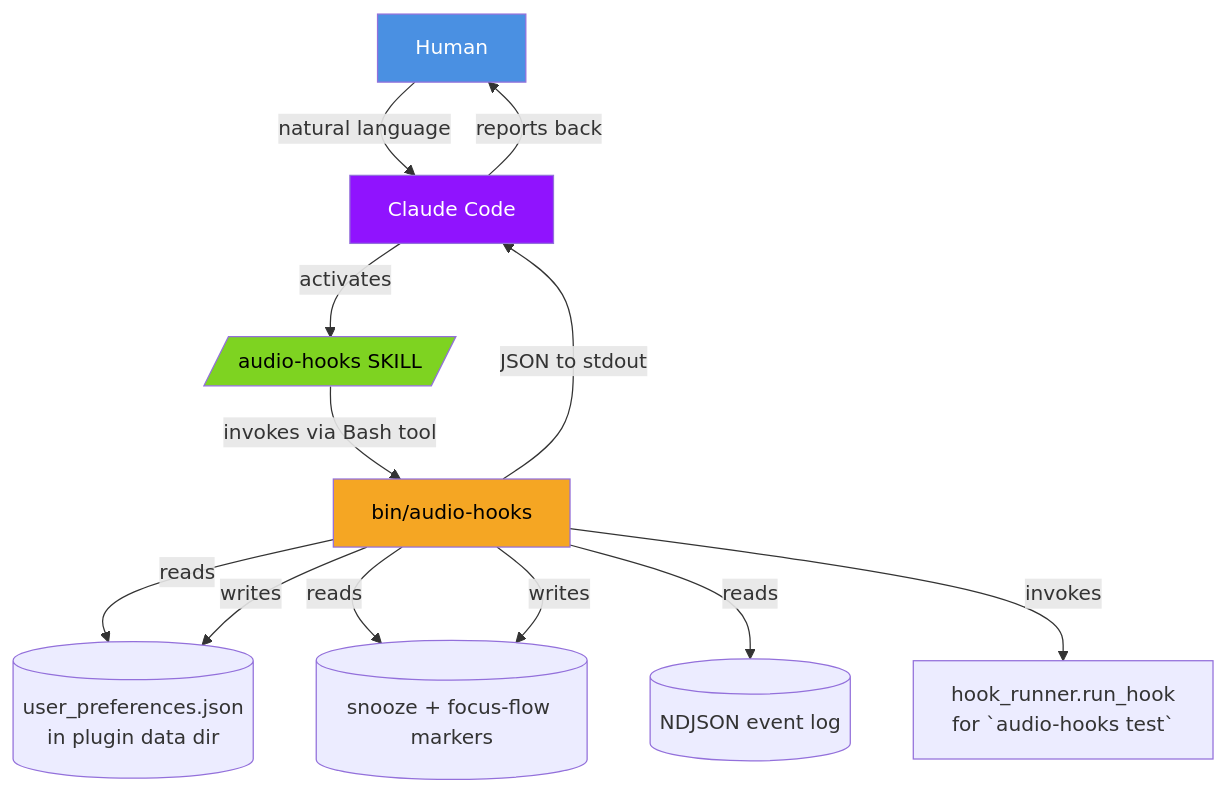
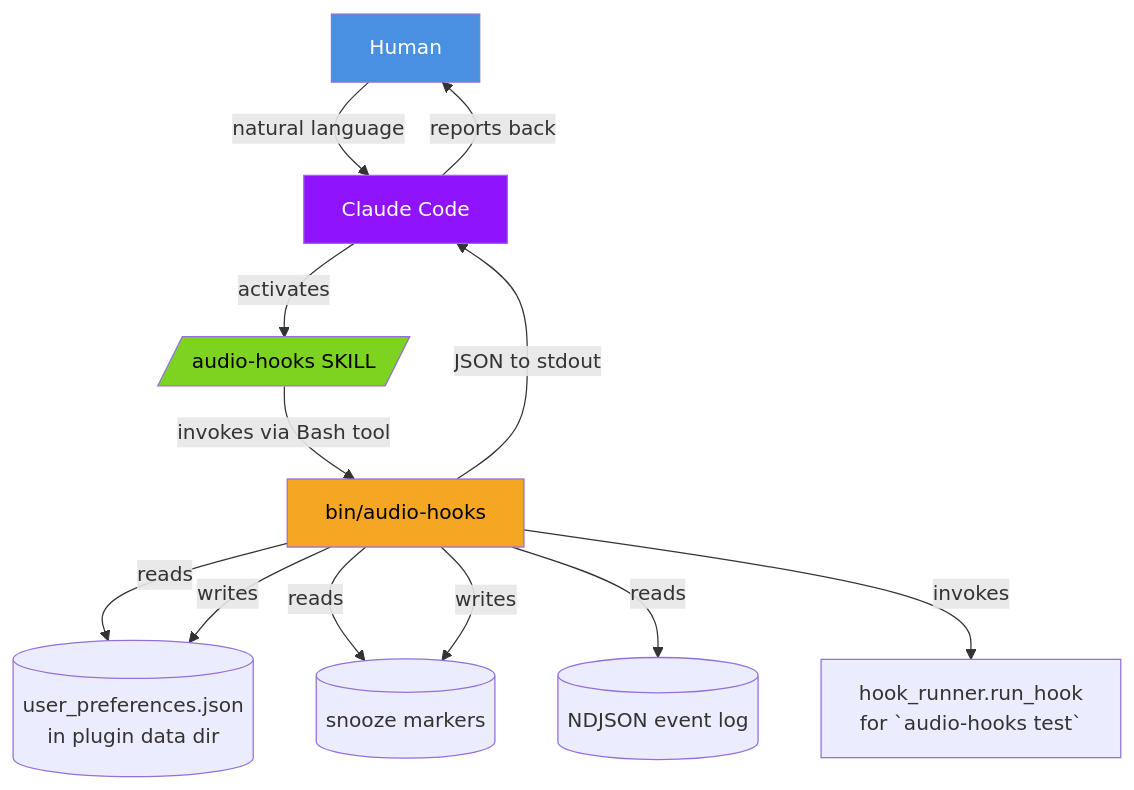
The sixth of 9 diagrams in README.md (Samehadar/echook), drawn with Mermaid before and after one commit. The commit also changed other lines of this file and 55 other files, not shown here.

````diff
--- a/README.md
+++ b/README.md
@@ -535,22 +531,22 @@
 ```mermaid
 flowchart TB
     USER[Human] -->|natural language| CLAUDE[Claude Code]
     CLAUDE -->|activates| SKILL[/audio-hooks SKILL/]
     SKILL -->|invokes via Bash tool| BIN[bin/audio-hooks]
 
     BIN -->|reads| CONFIG[(user_preferences.json<br/>in plugin data dir)]
-    BIN -->|reads| MARKERS[(snooze + focus-flow markers)]
+    BIN -->|reads| MARKERS[(snooze markers)]
     BIN -->|reads| LOGS[(NDJSON event log)]
     BIN -->|writes| CONFIG
     BIN -->|writes| MARKERS
 
     BIN -->|invokes| HR[hook_runner.run_hook<br/>for `audio-hooks test`]
 
     BIN -->|JSON to stdout| CLAUDE
     CLAUDE -->|reports back| USER
 
     style USER fill:#4A90E2,color:#fff
     style CLAUDE fill:#9013FE,color:#fff
     style SKILL fill:#7ED321,color:#000
     style BIN fill:#F5A623,color:#000
 ```
````
